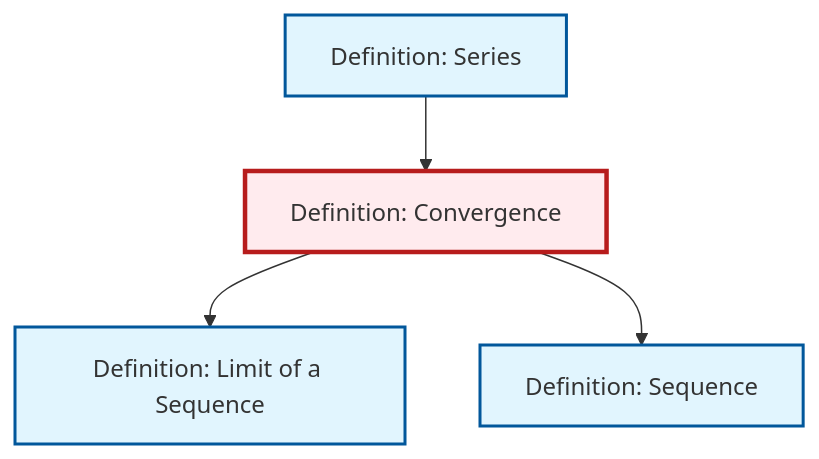
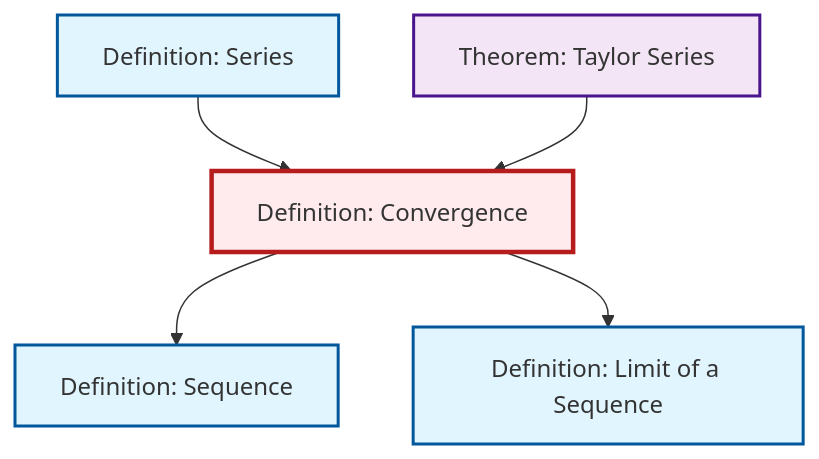
Before and after one commit to RK0429/ModernMath: the diagram in content/ja/analysis/def-convergence.qmd, drawn with Mermaid. The commit also changed 497 other files, not shown here.

````diff
--- a/content/ja/analysis/def-convergence.qmd
+++ b/content/ja/analysis/def-convergence.qmd
@@ -77,20 +77,23 @@
 ```{mermaid}
 %%| fig-cap: "Local dependency graph"
 graph TD
     classDef definition fill:#e1f5fe,stroke:#01579b,stroke-width:2px
     classDef theorem fill:#f3e5f5,stroke:#4a148c,stroke-width:2px
     classDef axiom fill:#fff3e0,stroke:#e65100,stroke-width:2px
     classDef example fill:#e8f5e9,stroke:#1b5e20,stroke-width:2px
     classDef current fill:#ffebee,stroke:#b71c1c,stroke-width:3px
+    def-limit["Definition: Limit of a Sequence"]:::definition
+    def-series["Definition: Series"]:::definition
     def-convergence["Definition: Convergence"]:::definition
-    def-series["Definition: Series"]:::definition
     def-sequence["Definition: Sequence"]:::definition
-    def-limit["Definition: Limit of a Sequence"]:::definition
+    thm-taylor-series["Theorem: Taylor Series"]:::theorem
+    def-convergence --> def-sequence
+    def-series --> def-convergence
+    thm-taylor-series --> def-convergence
     def-convergence --> def-limit
-    def-series --> def-convergence
-    def-convergence --> def-sequence
     class def-convergence current
+    click def-limit "def-limit.html" "Definition: Limit of a Sequenceへ"
     click def-series "def-series.html" "Definition: Seriesへ"
     click def-sequence "def-sequence.html" "Definition: Sequenceへ"
-    click def-limit "def-limit.html" "Definition: Limit of a Sequenceへ"
+    click thm-taylor-series "thm-taylor-series.html" "Theorem: Taylor Seriesへ"
 ```
````
